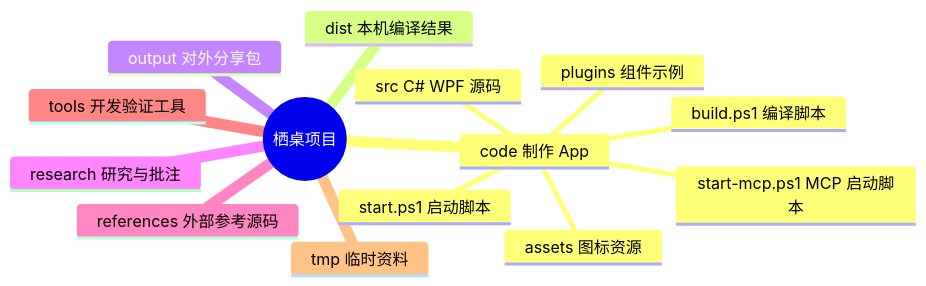
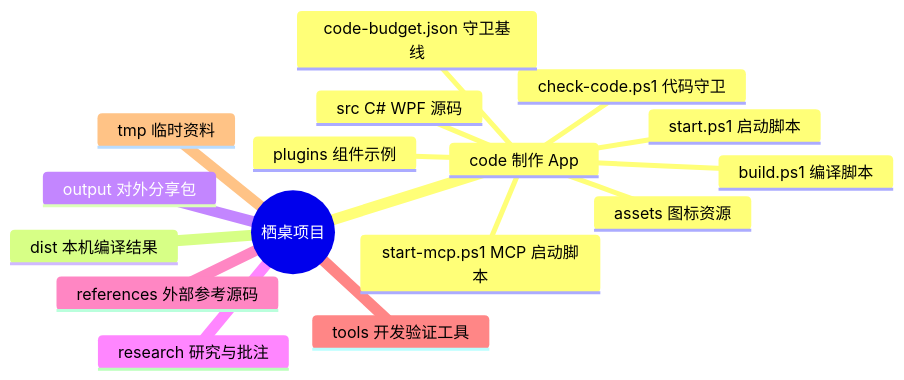
The diagram in PROJECT_MAP.md (Oxygen-Wang/AI-Desktop), drawn with Mermaid before and after one commit. The commit also changed other lines of this file and 13 other files, not shown here.

````diff
--- a/PROJECT_MAP.md
+++ b/PROJECT_MAP.md
@@ -5,17 +5,19 @@
 ```mermaid
 mindmap
   root((栖桌项目))
     code 制作 App
       src C# WPF 源码
       assets 图标资源
       plugins 组件示例
       build.ps1 编译脚本
+      check-code.ps1 代码守卫
+      code-budget.json 守卫基线
       start.ps1 启动脚本
       start-mcp.ps1 MCP 启动脚本
     dist 本机编译结果
     output 对外分享包
     research 研究与批注
     references 外部参考源码
     tools 开发验证工具
     tmp 临时资料
 ```
````
